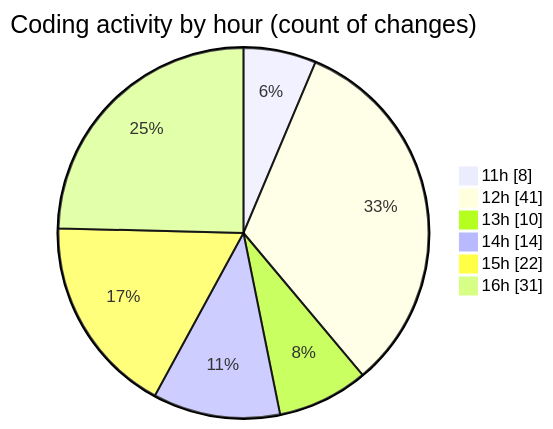
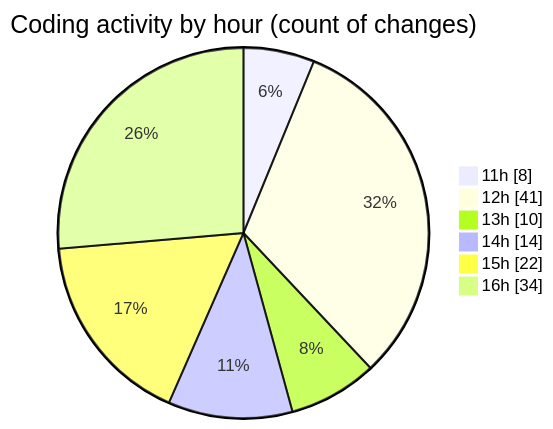
The second of 2 diagrams in 2025-05-04/project/README.md (BS-eng2023/code-tracking), drawn with Mermaid before and after one commit. The commit also changed other lines of this file and 1 other file, not shown here.

````diff
--- a/2025-05-04/project/README.md
+++ b/2025-05-04/project/README.md
@@ -51,10 +52,10 @@
 ```mermaid
 pie showData
 title Coding activity by hour (count of changes)
 "11h" : 8
 "12h" : 41
 "13h" : 10
 "14h" : 14
 "15h" : 22
-"16h" : 31
+"16h" : 34
 ```
````
